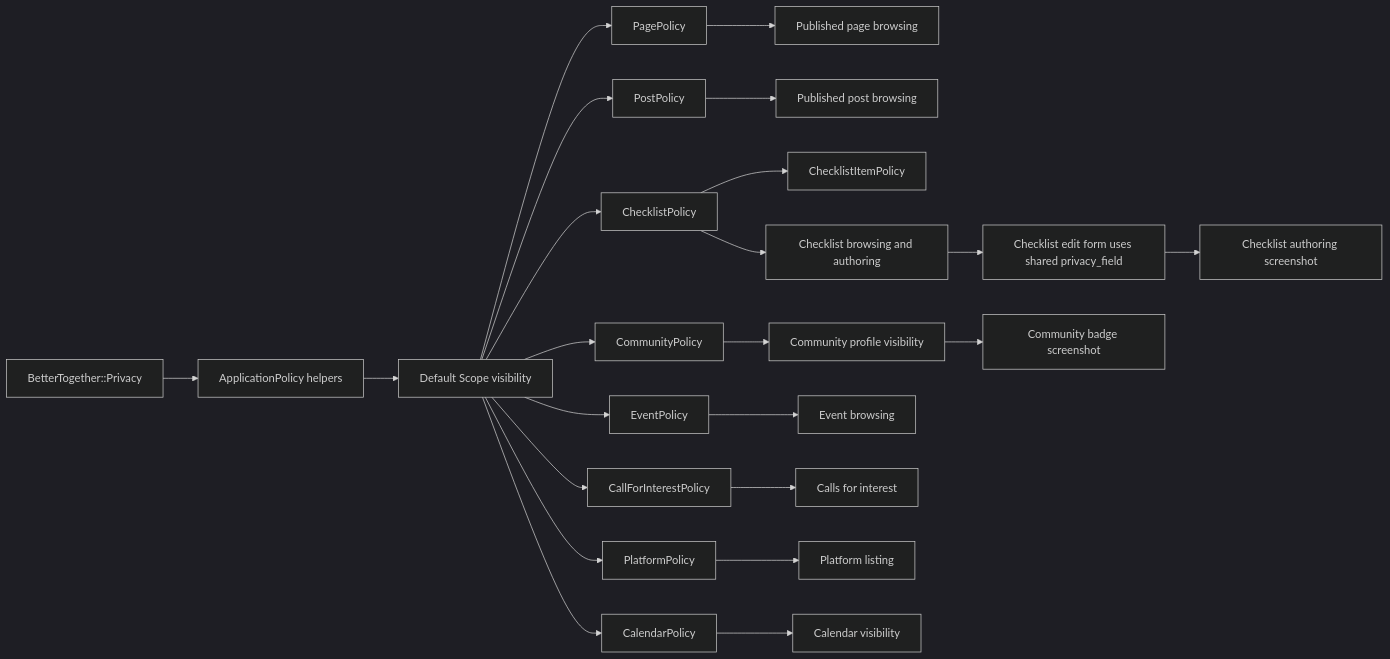
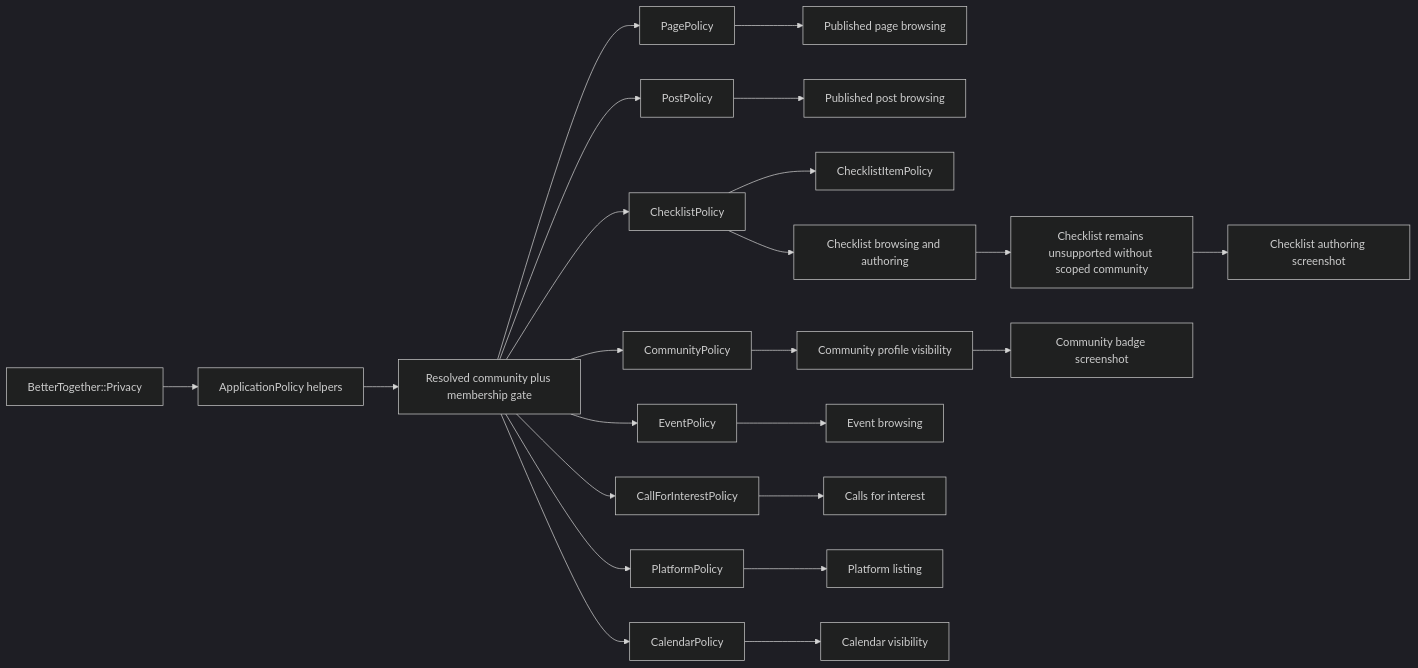
Before and after one commit to better-together-org/community-engine-rails: the diagram in docs/diagrams/source/community_privacy_policy_surfaces.mmd, drawn with Mermaid (dark theme). The commit also changed other lines of this file and 32 other files, not shown here.

Commit message:
fix(privacy): gate community visibility by membership

```diff
--- a/docs/diagrams/source/community_privacy_policy_surfaces.mmd
+++ b/docs/diagrams/source/community_privacy_policy_surfaces.mmd
@@ -1,26 +1,26 @@
 flowchart LR
     A[BetterTogether::Privacy] --> B[ApplicationPolicy helpers]
-    B --> C[Default Scope visibility]
+    B --> C[Resolved community plus membership gate]
 
     C --> D[PagePolicy]
     C --> E[PostPolicy]
     C --> F[ChecklistPolicy]
     F --> G[ChecklistItemPolicy]
     C --> H[CommunityPolicy]
     C --> I[EventPolicy]
     C --> J[CallForInterestPolicy]
     C --> K[PlatformPolicy]
     C --> L[CalendarPolicy]
 
     D --> M[Published page browsing]
     E --> N[Published post browsing]
     F --> O[Checklist browsing and authoring]
     H --> P[Community profile visibility]
     I --> Q[Event browsing]
     J --> R[Calls for interest]
     K --> S[Platform listing]
     L --> T[Calendar visibility]
 
-    O --> U[Checklist edit form uses shared privacy_field]
+    O --> U[Checklist remains unsupported without scoped community]
     P --> V[Community badge screenshot]
     U --> W[Checklist authoring screenshot]
```
